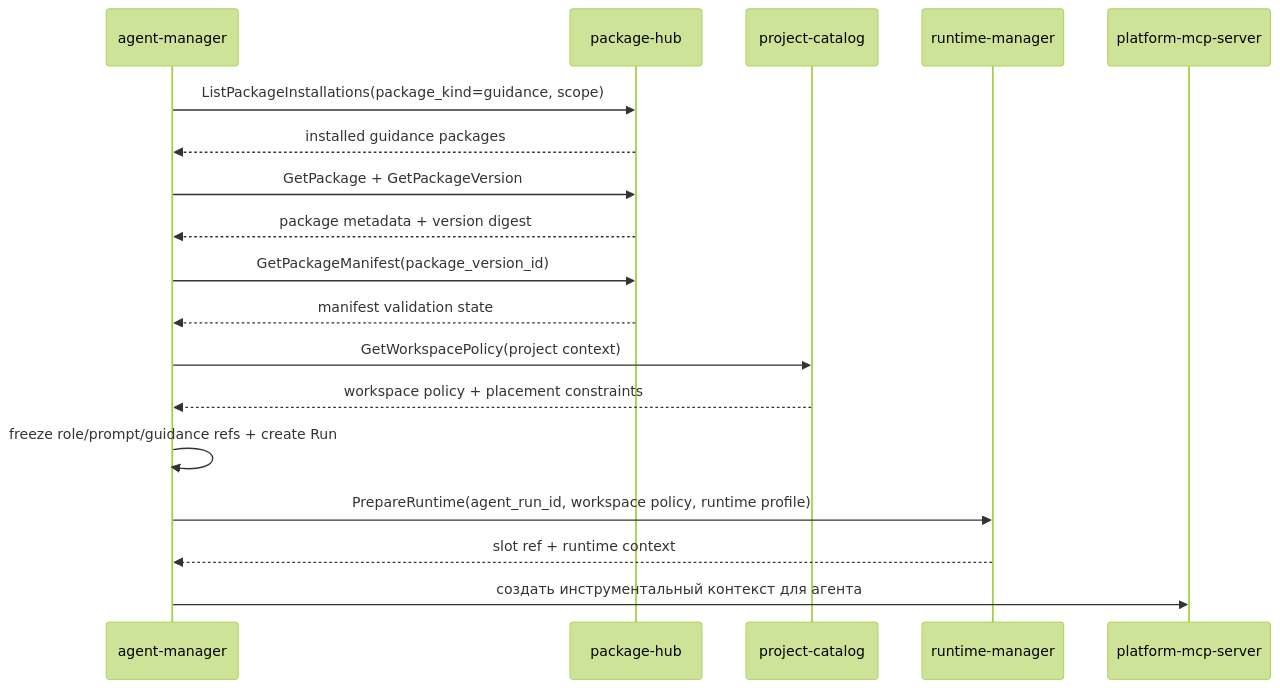
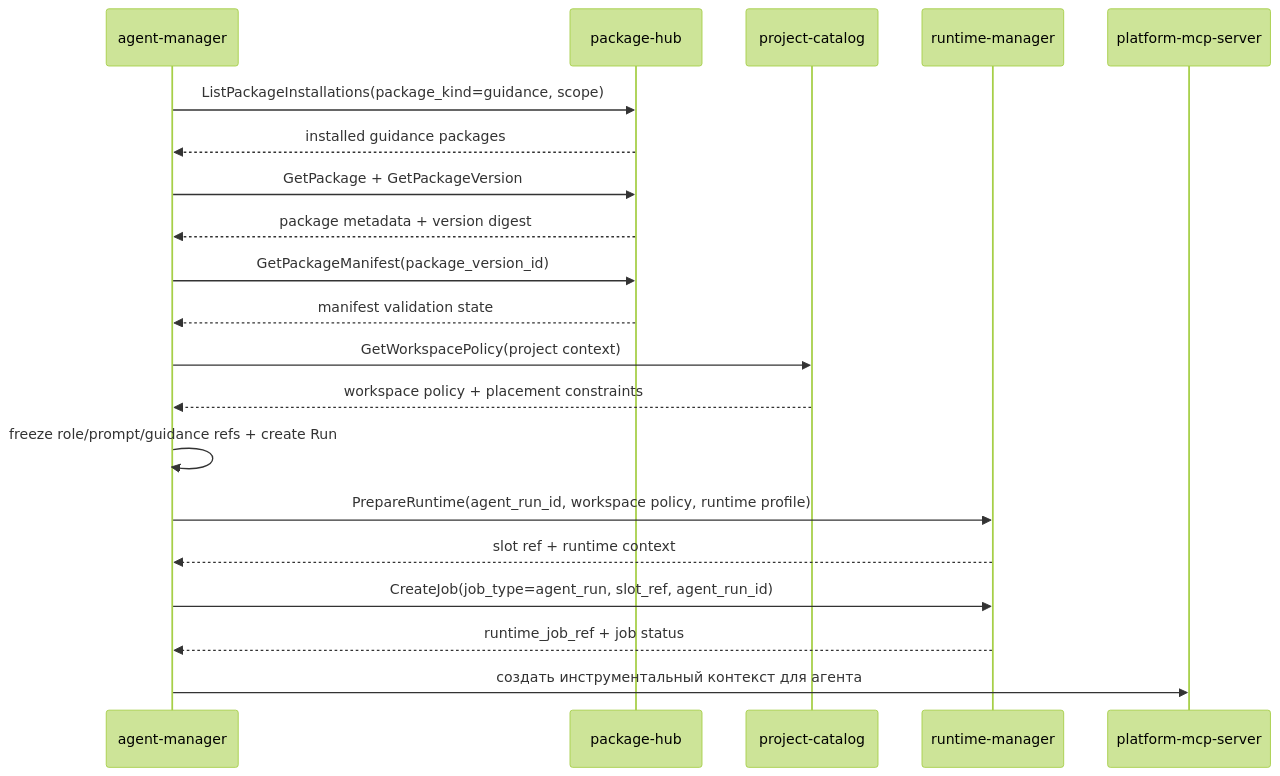
The second of 3 diagrams in docs/domains/agent-orchestration/architecture/design.md (codex-k8s/kodex), drawn with Mermaid (forest theme) before and after one commit. The commit also changed other lines of this file and 18 other files, not shown here.

Commit message:
Dispatch agent run runtime jobs

````diff
--- a/docs/domains/agent-orchestration/architecture/design.md
+++ b/docs/domains/agent-orchestration/architecture/design.md
@@ -93,20 +93,22 @@
 ```mermaid
 sequenceDiagram
   participant AM as agent-manager
   participant PKG as package-hub
   participant PC as project-catalog
   participant R as runtime-manager
   participant MCP as platform-mcp-server
   AM->>PKG: ListPackageInstallations(package_kind=guidance, scope)
   PKG-->>AM: installed guidance packages
   AM->>PKG: GetPackage + GetPackageVersion
   PKG-->>AM: package metadata + version digest
   AM->>PKG: GetPackageManifest(package_version_id)
   PKG-->>AM: manifest validation state
   AM->>PC: GetWorkspacePolicy(project context)
   PC-->>AM: workspace policy + placement constraints
   AM->>AM: freeze role/prompt/guidance refs + create Run
   AM->>R: PrepareRuntime(agent_run_id, workspace policy, runtime profile)
   R-->>AM: slot ref + runtime context
+  AM->>R: CreateJob(job_type=agent_run, slot_ref, agent_run_id)
+  R-->>AM: runtime_job_ref + job status
   AM->>MCP: создать инструментальный контекст для агента
 ```
````
